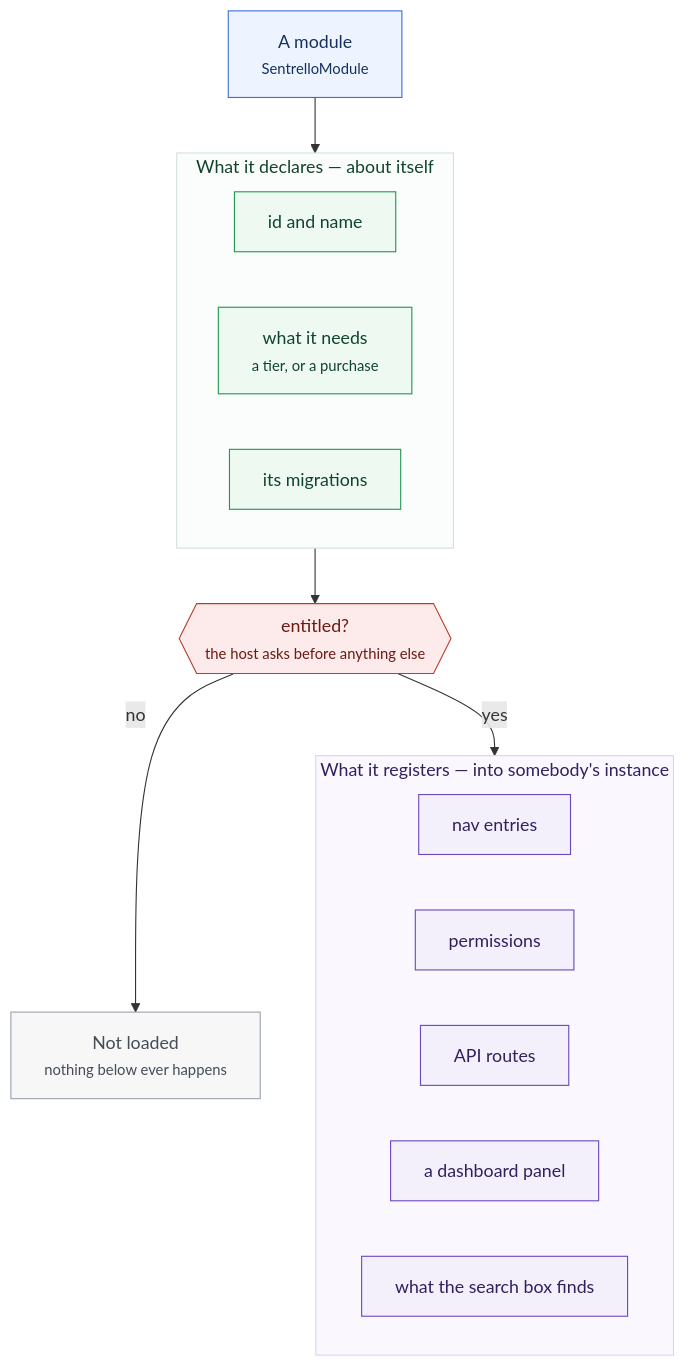
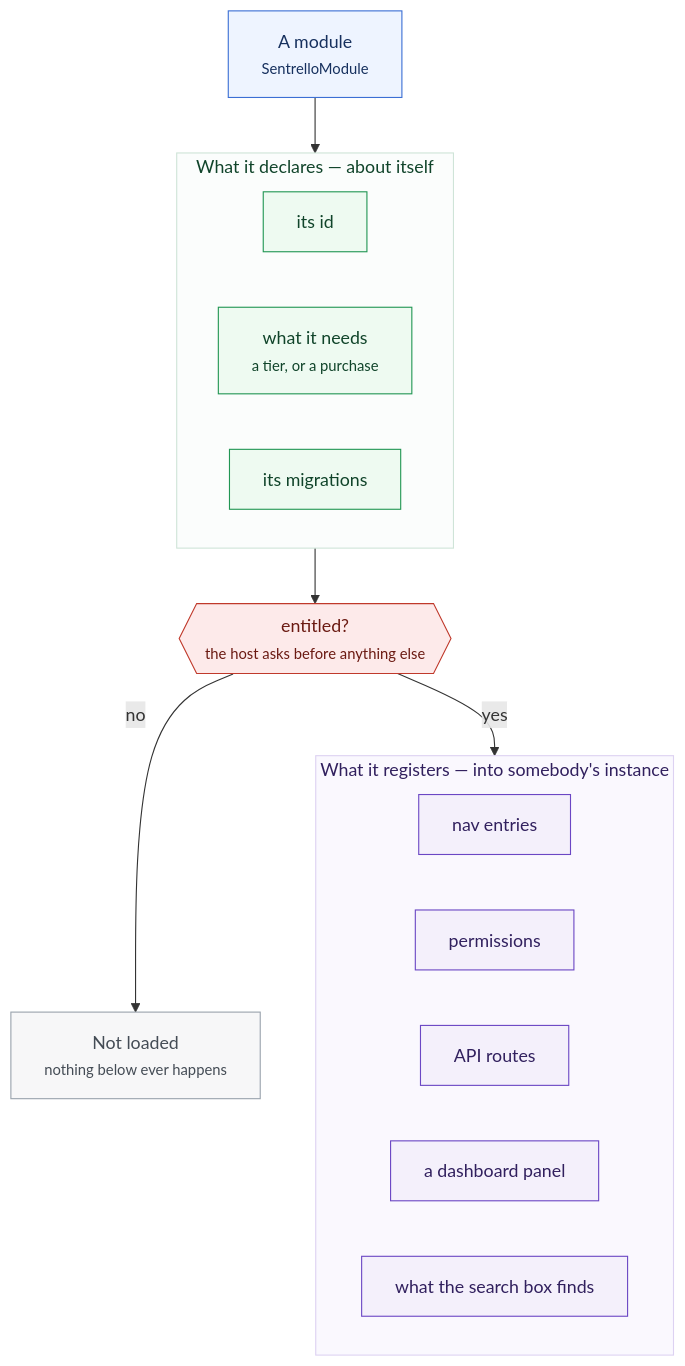
Before and after one commit to Sentrello/Sentrello: the diagram in docs/site/03-platform/02-extensible.md, drawn with Mermaid. The commit also changed other lines of this file and 12 other files, not shown here.

````diff
--- a/docs/site/03-platform/02-extensible.md
+++ b/docs/site/03-platform/02-extensible.md
@@ -18,33 +19,33 @@
 ```mermaid
 flowchart TD
   classDef screen fill:#eef4ff,stroke:#3b6fd4,color:#16305e
   classDef own fill:#eefaf1,stroke:#219653,color:#10442a
   classDef out fill:#f4f0fb,stroke:#6b47c4,color:#31205e
   classDef gate fill:#fdeaea,stroke:#c0392b,color:#6b1a12
   classDef aside fill:#f7f7f8,stroke:#9aa3ad,color:#444c55
   MOD["A module<br/><small>SentrelloModule</small>"]:::screen
 
   subgraph DEC[" What it declares — about itself "]
-    ID["id and name"]:::own
+    ID["its id"]:::own
     NEED["what it needs<br/><small>a tier, or a purchase</small>"]:::own
     MIG["its migrations"]:::own
   end
 
   GATE{{"entitled?<br/><small>the host asks before anything else</small>"}}:::gate
   NO["Not loaded<br/><small>nothing below ever happens</small>"]:::aside
 
   subgraph REG[" What it registers — into somebody's instance "]
     NAV["nav entries"]:::out
     PERM["permissions"]:::out
     ROUTE["API routes"]:::out
     PANEL["a dashboard panel"]:::out
     SEARCH["what the search box finds"]:::out
   end
 
   MOD --> DEC --> GATE
   GATE -->|"no"| NO
   GATE -->|"yes"| REG
 
   style DEC fill:#fbfdfc,stroke:#cfe4d8,color:#10442a
   style REG fill:#faf8fe,stroke:#ddd2f2,color:#31205e
 ```
````
